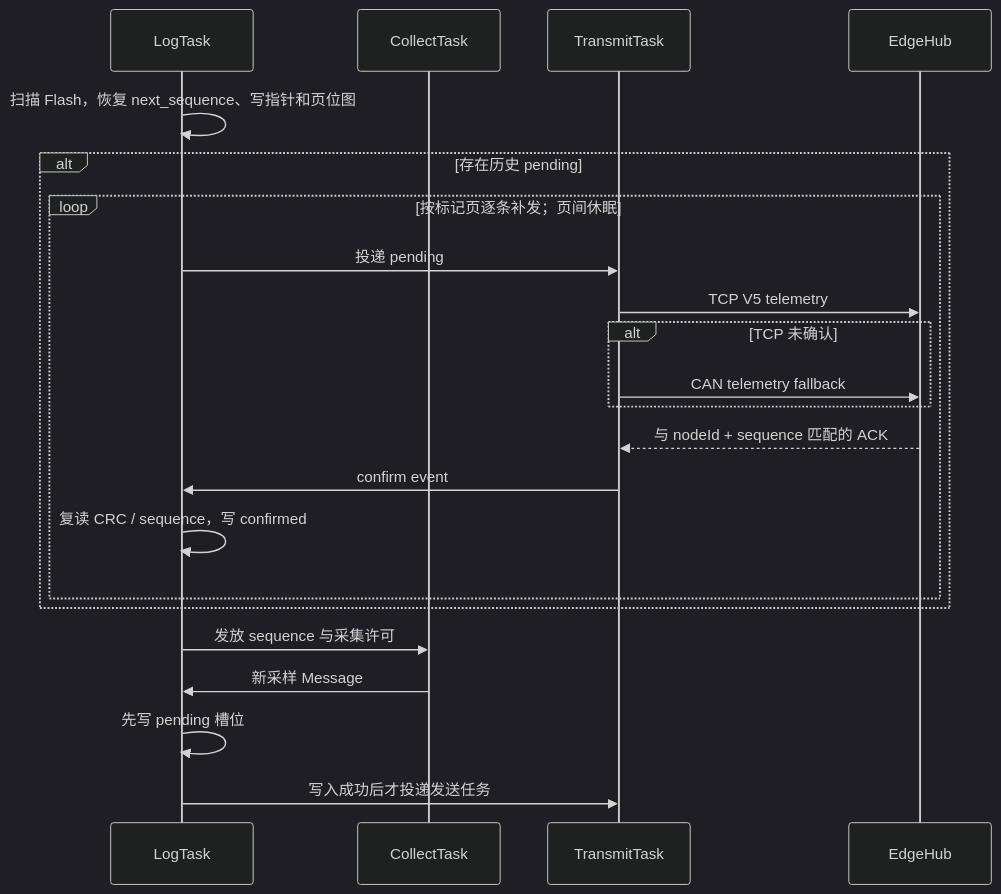
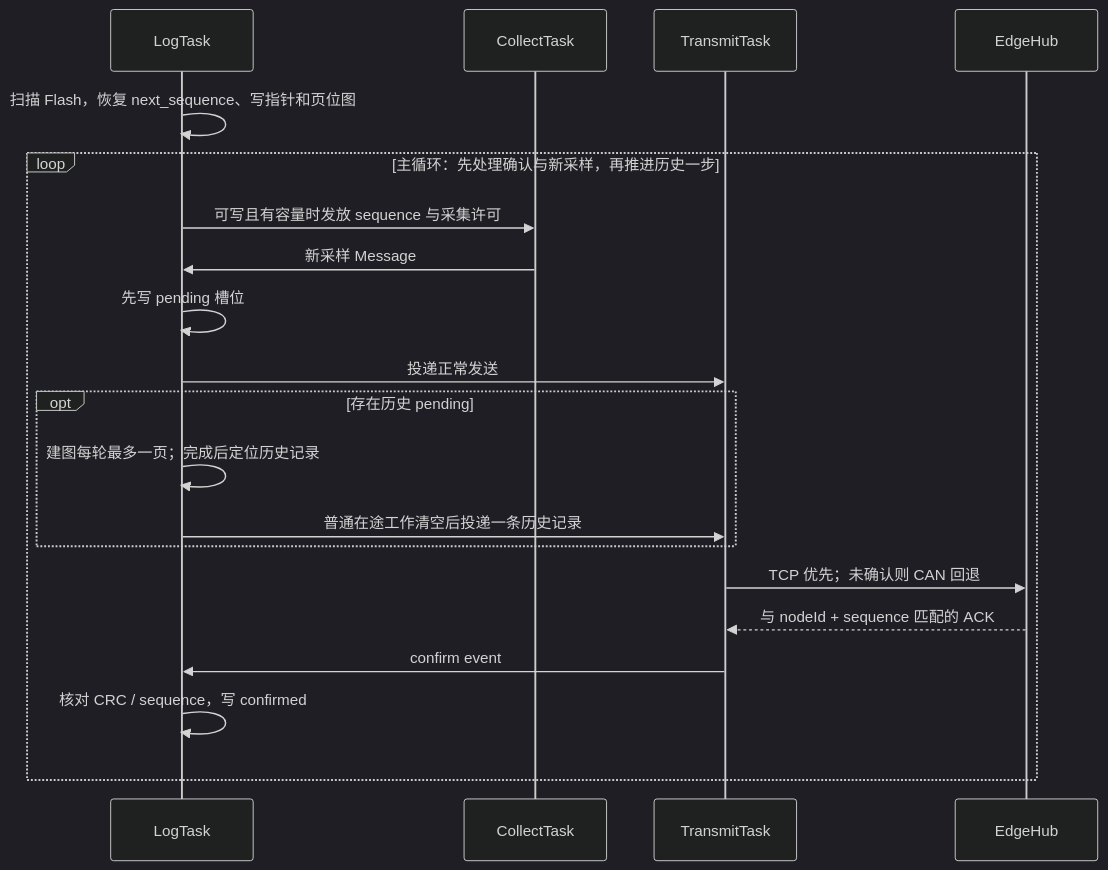
The second of 2 diagrams in README.md (xccloop/EdgeLink), drawn with Mermaid (dark theme) before and after one commit. The commit also changed other lines of this file and 5 other files, not shown here.

````diff
--- a/README.md
+++ b/README.md
@@ -168,25 +177,23 @@
 ```mermaid
 sequenceDiagram
     participant S as LogTask
     participant C as CollectTask
     participant T as TransmitTask
     participant H as EdgeHub
 
     S->>S: 扫描 Flash，恢复 next_sequence、写指针和页位图
-    alt 存在历史 pending
-        loop 按标记页逐条补发；页间休眠
-            S->>T: 投递 pending
-            T->>H: TCP V5 telemetry
-            alt TCP 未确认
-                T->>H: CAN telemetry fallback
-            end
-            H-->>T: 与 nodeId + sequence 匹配的 ACK
-            T->>S: confirm event
-            S->>S: 复读 CRC / sequence，写 confirmed
+    loop 主循环：先处理确认与新采样，再推进历史一步
+        S->>C: 可写且有容量时发放 sequence 与采集许可
+        C->>S: 新采样 Message
+        S->>S: 先写 pending 槽位
+        S->>T: 投递正常发送
+        opt 存在历史 pending
+            S->>S: 建图每轮最多一页；完成后定位历史记录
+            S->>T: 普通在途工作清空后投递一条历史记录
         end
+        T->>H: TCP 优先；未确认则 CAN 回退
+        H-->>T: 与 nodeId + sequence 匹配的 ACK
+        T->>S: confirm event
+        S->>S: 核对 CRC / sequence，写 confirmed
     end
-    S->>C: 发放 sequence 与采集许可
-    C->>S: 新采样 Message
-    S->>S: 先写 pending 槽位
-    S->>T: 写入成功后才投递发送任务
 ```
````
